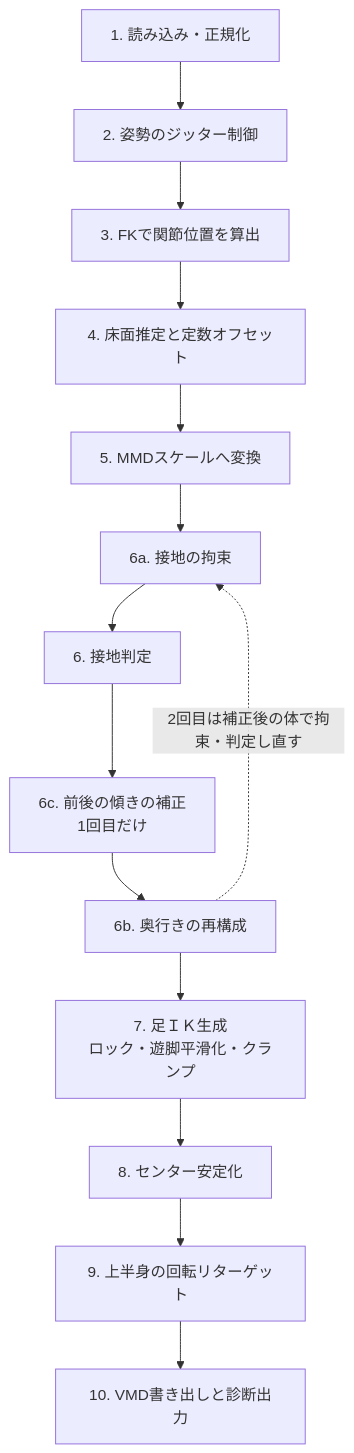
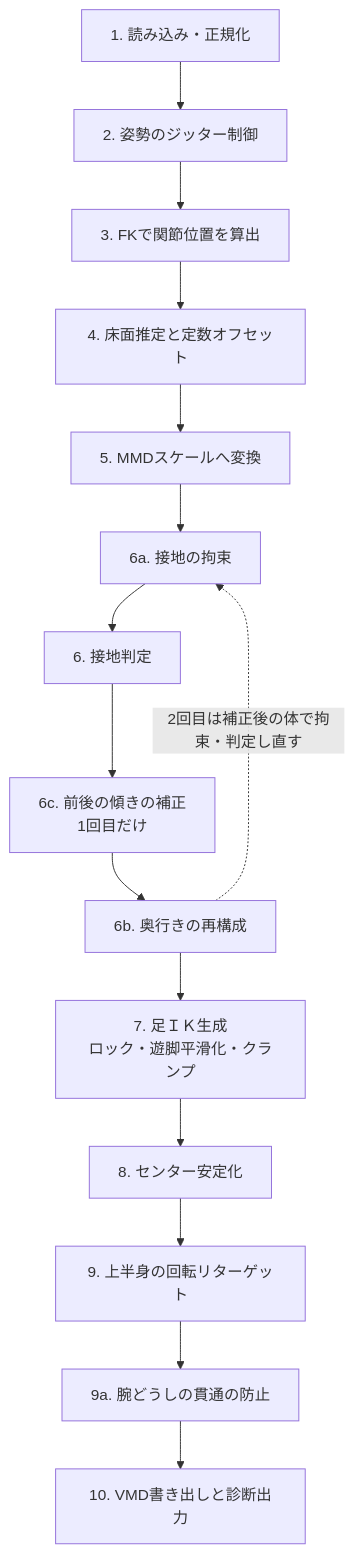
The diagram in vmd.md (yamak493/nlf), drawn with Mermaid before and after one commit. The commit also changed other lines of this file and 11 other files, not shown here.

````diff
--- a/vmd.md
+++ b/vmd.md
@@ -7,16 +7,17 @@
 ```mermaid
 flowchart TD
   A[1. 読み込み・正規化] --> B[2. 姿勢のジッター制御]
   B --> C[3. FKで関節位置を算出]
   C --> D[4. 床面推定と定数オフセット]
   D --> E[5. MMDスケールへ変換]
   E --> F0[6a. 接地の拘束]
   F0 --> F[6. 接地判定]
   F --> F3[6c. 前後の傾きの補正<br/>1回目だけ]
   F3 --> F2[6b. 奥行きの再構成]
   F2 -. 2回目は補正後の体で拘束・判定し直す .-> F0
   F2 --> G[7. 足ＩＫ生成<br/>ロック・遊脚平滑化・クランプ]
   G --> H[8. センター安定化]
   H --> I[9. 上半身の回転リターゲット]
-  I --> J[10. VMD書き出しと診断出力]
+  I --> I2[9a. 腕どうしの貫通の防止]
+  I2 --> J[10. VMD書き出しと診断出力]
 ```
````
